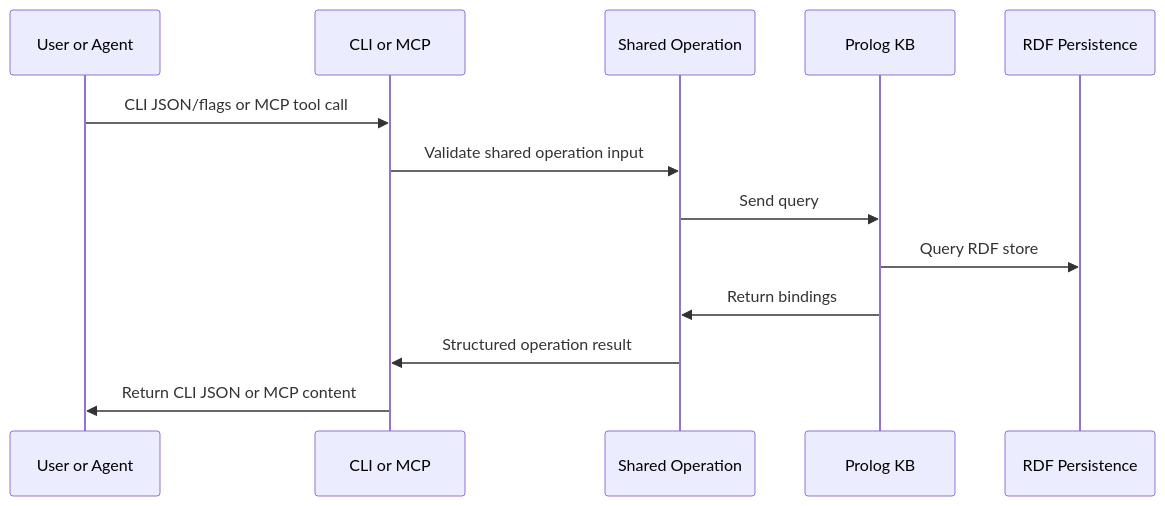
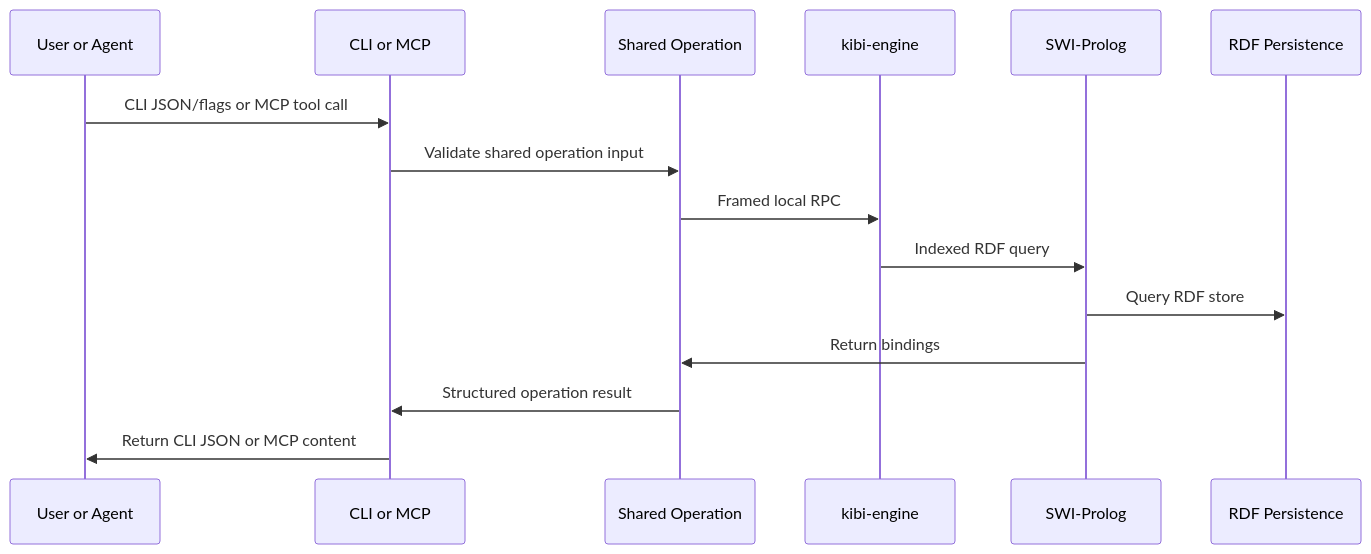
One commit to Looted/kibi changed the third of 3 diagrams in docs/architecture.md. Above: the diagram before and after it, drawn with Mermaid. The commit also changed other lines of this file and 87 other files, not shown here.

Commit message:
feat: add journaled kibi engine

````diff
--- a/docs/architecture.md
+++ b/docs/architecture.md
@@ -98,15 +112,17 @@
 ```mermaid
 sequenceDiagram
     participant User as User or Agent
     participant Surface as CLI or MCP
     participant Ops as Shared Operation
-    participant KB as Prolog KB
+    participant ENG as kibi-engine
+    participant KB as SWI-Prolog
     participant RDF as RDF Persistence
     User->>Surface: CLI JSON/flags or MCP tool call
     Surface->>Ops: Validate shared operation input
-    Ops->>KB: Send query
+    Ops->>ENG: Framed local RPC
+    ENG->>KB: Indexed RDF query
     KB->>RDF: Query RDF store
     KB->>Ops: Return bindings
     Ops->>Surface: Structured operation result
     Surface->>User: Return CLI JSON or MCP content
 ```
````
